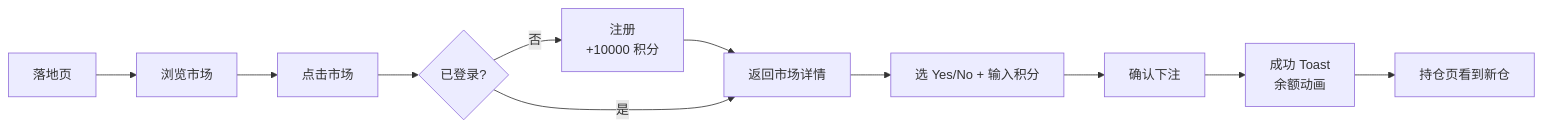
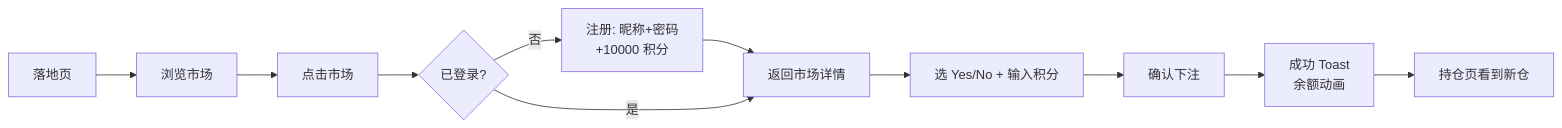
The first of 2 diagrams in docs/07-screens-and-flows.md (cwei9203/ClonePolyMarket), drawn with Mermaid before and after one commit. The commit also changed other lines of this file and 11 other files, not shown here.

````diff
--- a/docs/07-screens-and-flows.md
+++ b/docs/07-screens-and-flows.md
@@ -127,13 +128,13 @@
 ```mermaid
 graph LR
     A[落地页] --> B[浏览市场]
     B --> C[点击市场]
     C --> D{已登录?}
-    D -->|否| E[注册<br/>+10000 积分]
+    D -->|否| E[注册: 昵称+密码<br/>+10000 积分]
     E --> F[返回市场详情]
     D -->|是| F
     F --> G[选 Yes/No + 输入积分]
     G --> H[确认下注]
     H --> I[成功 Toast<br/>余额动画]
     I --> J[持仓页看到新仓]
 ```
````
